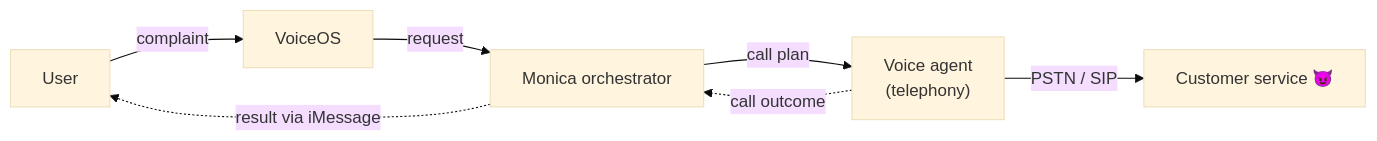
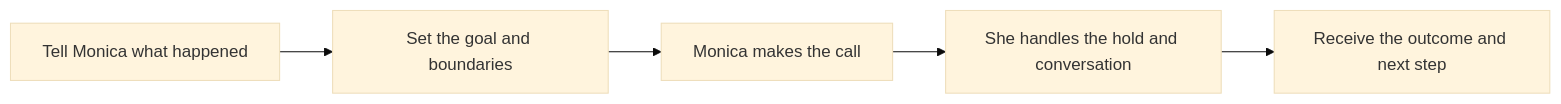
One commit to MonicaVioce/Monica changed the diagram in README.md. Above: the diagram before and after it, drawn with Mermaid (base theme). The commit also changed other lines of this file and 1 other file, not shown here.

Commit message:
Rewrite README to focus on Monica’s customer-service experience

````diff
--- a/README.md
+++ b/README.md
@@ -20,9 +39,7 @@
 ```mermaid
 flowchart LR
-    U["User"] -- "complaint" --> V["VoiceOS"]
-    V -- "request" --> M["Monica orchestrator"]
-    M -- "call plan" --> A["Voice agent<br/>(telephony)"]
-    A -- "PSTN / SIP" --> C["Customer service 😈"]
-    A -. "call outcome" .-> M
-    M -. "result via iMessage" .-> U
+    U["Tell Monica what happened"] --> B["Set the goal and boundaries"]
+    B --> C["Monica makes the call"]
+    C --> H["She handles the hold and conversation"]
+    H --> R["Receive the outcome and next step"]
 ```
````
